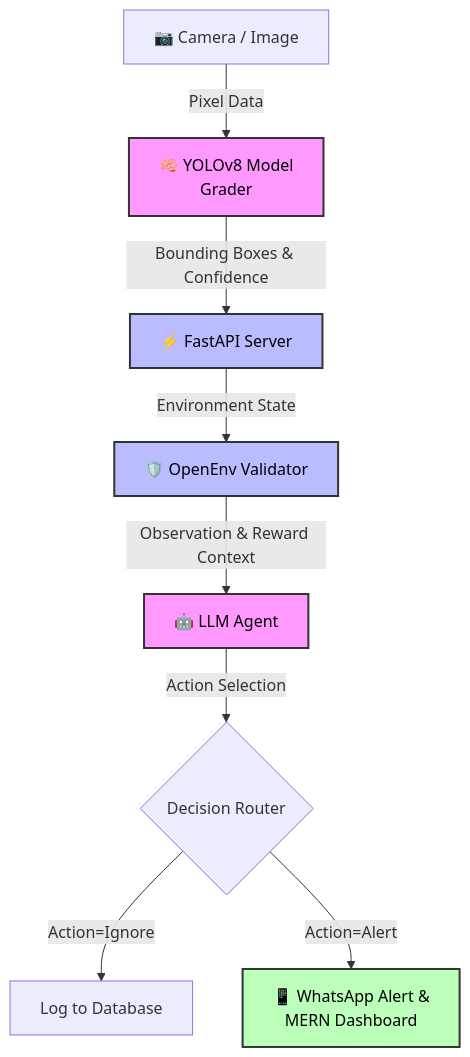
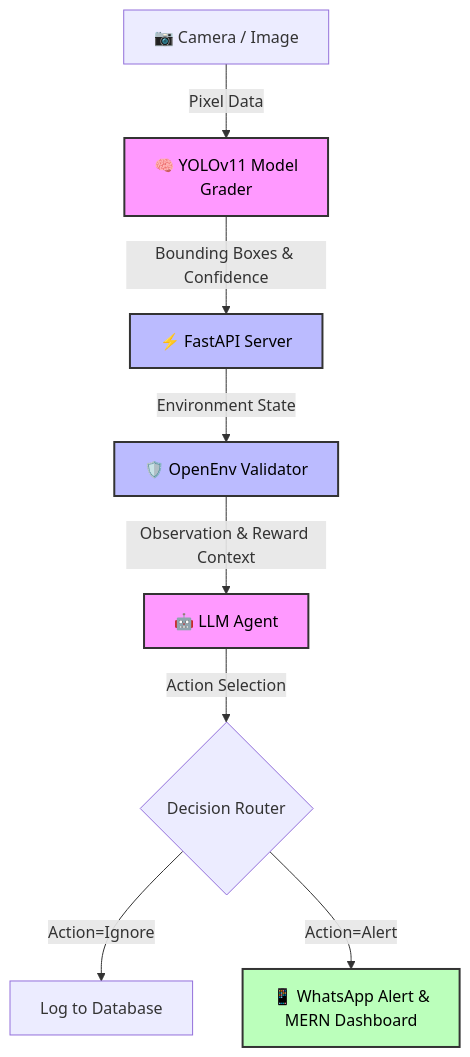
The diagram in README.md (manthankharote/Illegal-Dumping-Detection), drawn with Mermaid before and after one commit. The commit also changed other lines of this file, not shown here.

````diff
--- a/README.md
+++ b/README.md
@@ -24,20 +47,20 @@
 ```mermaid
 graph TD;
-    A[📷 Camera / Image] -->|Pixel Data| B[🧠 YOLOv8 Model<br/>Grader]
+    A[📷 Camera / Image] -->|Pixel Data| B[🧠 YOLOv11 Model<br/>Grader]
     B -->|Bounding Boxes & Confidence| C[⚡ FastAPI Server]
     C -->|Environment State| D[🛡️ OpenEnv Validator]
     D -->|Observation & Reward Context| E[🤖 LLM Agent]
     E -->|Action Selection| F{Decision Router}
     F -->|Action=Ignore| G[Log to Database]
     F -->|Action=Alert| H[📱 WhatsApp Alert &<br/>MERN Dashboard]
     
     classDef ai fill:#f9f,stroke:#333,stroke-width:2px,color:#000;
     classDef backend fill:#bbf,stroke:#333,stroke-width:2px,color:#000;
     classDef client fill:#bfb,stroke:#333,stroke-width:2px,color:#000;
     
     B:::ai
     E:::ai
     C:::backend
     D:::backend
     H:::client
 ```
````
